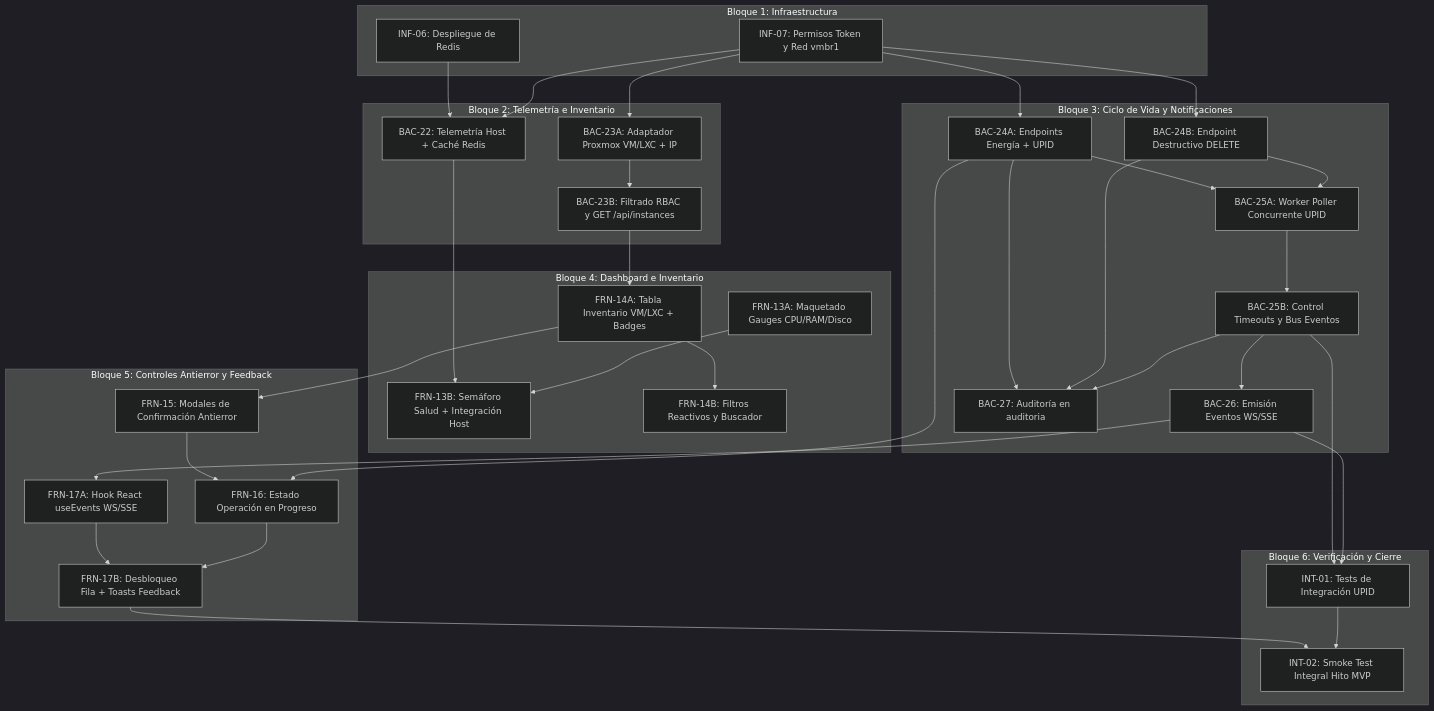
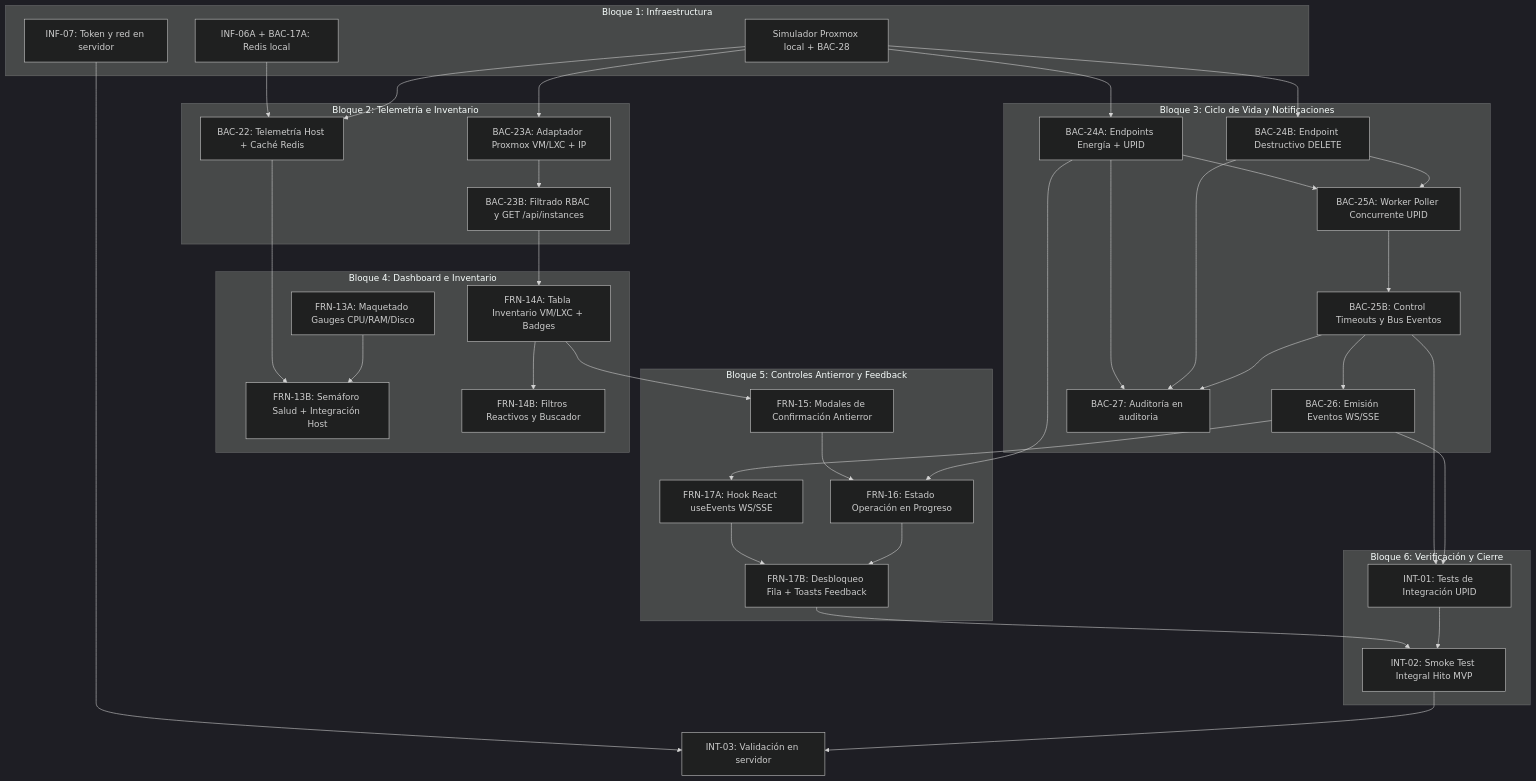
The diagram in documentacion/etapa1.md (micaelaalvaradomendez/centinela), drawn with Mermaid (dark theme) before and after one commit. The commit also changed other lines of this file and 9 other files, not shown here.

````diff
--- a/documentacion/etapa1.md
+++ b/documentacion/etapa1.md
@@ -45,77 +45,80 @@
 ```mermaid
 flowchart TD
     subgraph Infra [Bloque 1: Infraestructura]
-        INF06[INF-06: Despliegue de Redis]
-        INF07[INF-07: Permisos Token y Red vmbr1]
+        SIM[Simulador Proxmox local + BAC-28]
+        RED[INF-06A + BAC-17A: Redis local]
+        INF07[INF-07: Token y red en servidor]
     end
 
     subgraph Backend_Read [Bloque 2: Telemetría e Inventario]
         BAC22[BAC-22: Telemetría Host + Caché Redis]
         BAC23A[BAC-23A: Adaptador Proxmox VM/LXC + IP]
         BAC23B[BAC-23B: Filtrado RBAC y GET /api/instances]
     end
 
     subgraph Backend_Ops [Bloque 3: Ciclo de Vida y Notificaciones]
         BAC24A[BAC-24A: Endpoints Energía + UPID]
         BAC24B[BAC-24B: Endpoint Destructivo DELETE]
         BAC25A[BAC-25A: Worker Poller Concurrente UPID]
         BAC25B[BAC-25B: Control Timeouts y Bus Eventos]
         BAC26[BAC-26: Emisión Eventos WS/SSE]
         BAC27[BAC-27: Auditoría en auditoria]
     end
 
     subgraph Frontend_Views [Bloque 4: Dashboard e Inventario]
         FRN13A[FRN-13A: Maquetado Gauges CPU/RAM/Disco]
         FRN13B[FRN-13B: Semáforo Salud + Integración Host]
         FRN14A[FRN-14A: Tabla Inventario VM/LXC + Badges]
         FRN14B[FRN-14B: Filtros Reactivos y Buscador]
     end
 
     subgraph Frontend_Controls [Bloque 5: Controles Antierror y Feedback]
         FRN15[FRN-15: Modales de Confirmación Antierror]
         FRN16[FRN-16: Estado Operación en Progreso]
         FRN17A[FRN-17A: Hook React useEvents WS/SSE]
         FRN17B[FRN-17B: Desbloqueo Fila + Toasts Feedback]
     end
 
     subgraph Hito [Bloque 6: Verificación y Cierre]
         INT01[INT-01: Tests de Integración UPID]
         INT02[INT-02: Smoke Test Integral Hito MVP]
     end
 
-    INF06 --> BAC22
-    INF07 --> BAC22
-    INF07 --> BAC23A
-    INF07 --> BAC24A
-    INF07 --> BAC24B
+    RED --> BAC22
+    SIM --> BAC22
+    SIM --> BAC23A
+    SIM --> BAC24A
+    SIM --> BAC24B
+    INF07 --> INT03
 
     BAC23A --> BAC23B
 
     BAC22 --> FRN13B
     FRN13A --> FRN13B
 
     BAC23B --> FRN14A
     FRN14A --> FRN14B
 
     BAC24A --> BAC25A
     BAC24B --> BAC25A
     BAC25A --> BAC25B
 
     BAC25B --> BAC26
     BAC24A --> BAC27
     BAC24B --> BAC27
     BAC25B --> BAC27
 
     FRN14A --> FRN15
     FRN15 --> FRN16
     BAC24A --> FRN16
 
     BAC26 --> FRN17A
     FRN17A --> FRN17B
     FRN16 --> FRN17B
 
     BAC25B --> INT01
     BAC26 --> INT01
     FRN17B --> INT02
     INT01 --> INT02
+    INT02 --> INT03[INT-03: Validación en servidor]
 ```
````
